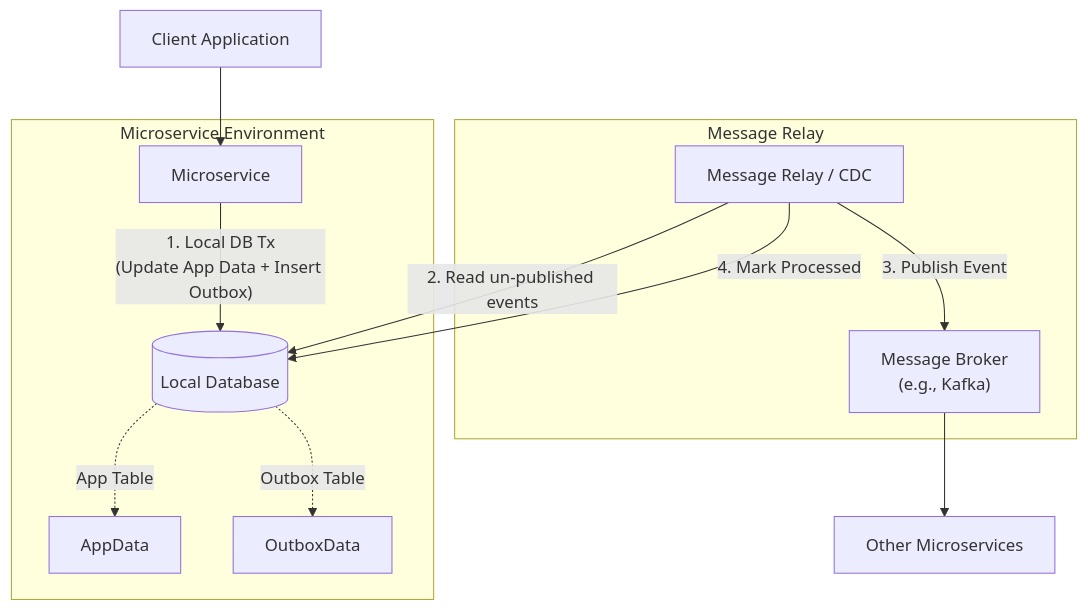
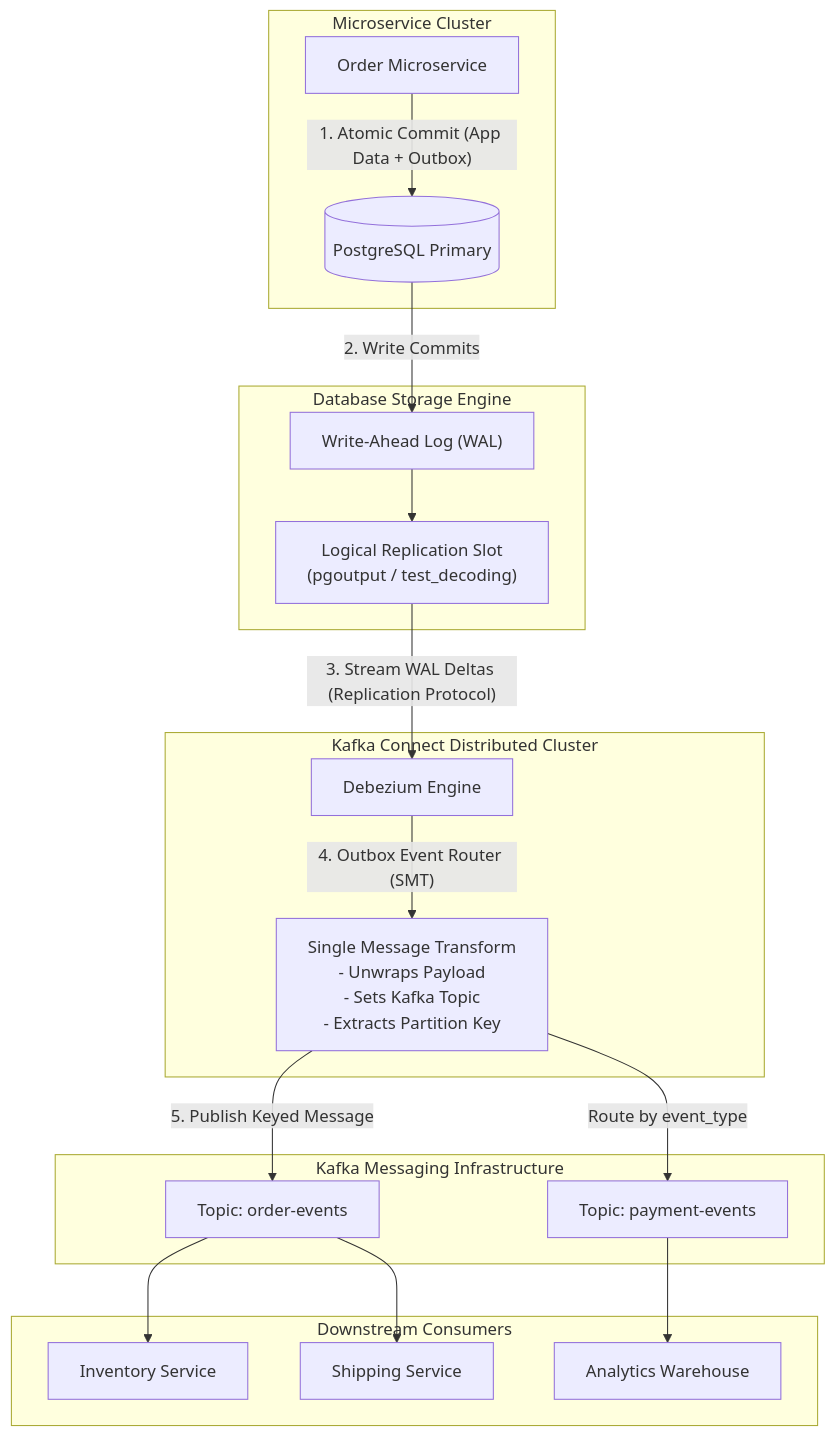
One commit to cap7nsaurabh/system-design-series changed the third of 7 diagrams in Microservices Design/10_Outbox_Pattern.md. Above: the diagram before and after it, drawn with Mermaid. The commit also changed other lines of this file and 14 other files, not shown here.

````diff
--- a/Microservices Design/10_Outbox_Pattern.md
+++ b/Microservices Design/10_Outbox_Pattern.md
@@ -23,19 +221,29 @@
 ```mermaid
 flowchart TD
-    Client[Client Application] --> Service[Microservice]
-    
-    subgraph Microservice Environment
-        Service -->|"1. Local DB Tx<br>(Update App Data + Insert Outbox)"| DB[(Local Database)]
-        
-        DB -.->|App Table| AppData
-        DB -.->|Outbox Table| OutboxData
+    subgraph Microservice Cluster
+        App[Order Microservice]
+        App -->|"1. Atomic Commit (App Data + Outbox)"| Postgres[(PostgreSQL Primary)]
     end
-    
-    subgraph Message Relay
-        Relay[Message Relay / CDC] -->|2. Read un-published events| DB
-        Relay -->|3. Publish Event| Broker["Message Broker<br>(e.g., Kafka)"]
-        Relay -->|4. Mark Processed| DB
+
+    subgraph Database Storage Engine
+        Postgres -->|"2. Write Commits"| WAL["Write-Ahead Log (WAL)"]
+        Slot["Logical Replication Slot<br/>(pgoutput / test_decoding)"]
+        WAL --> Slot
     end
-    
-    Broker --> Consumer[Other Microservices]
+
+    subgraph Kafka Connect Distributed Cluster
+        Slot -->|"3. Stream WAL Deltas (Replication Protocol)"| Connector["Debezium Engine"]
+        Connector -->|"4. Outbox Event Router (SMT)"| SMT["Single Message Transform<br/>- Unwraps Payload<br/>- Sets Kafka Topic<br/>- Extracts Partition Key"]
+    end
+
+    subgraph Kafka Messaging Infrastructure
+        SMT -->|"5. Publish Keyed Message"| TopicOrder["Topic: order-events"]
+        SMT -->|"Route by event_type"| TopicPayment["Topic: payment-events"]
+    end
+
+    subgraph Downstream Consumers
+        TopicOrder --> Consumer1["Inventory Service"]
+        TopicOrder --> Consumer2["Shipping Service"]
+        TopicPayment --> Consumer3["Analytics Warehouse"]
+    end
 ```
````
